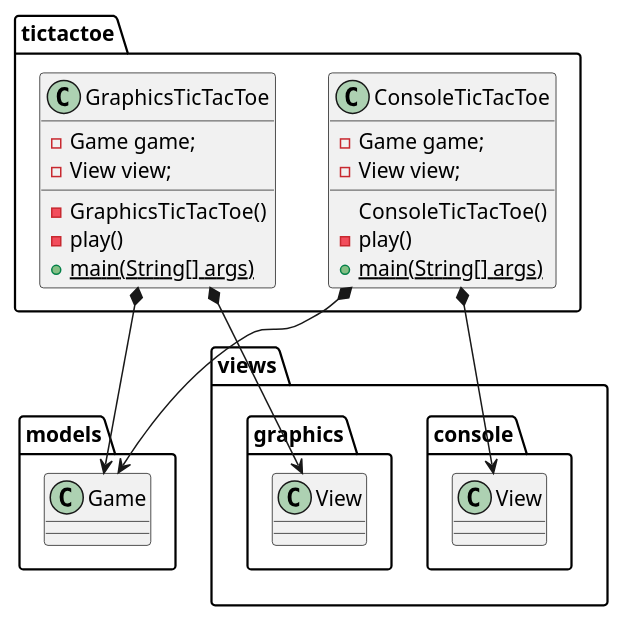
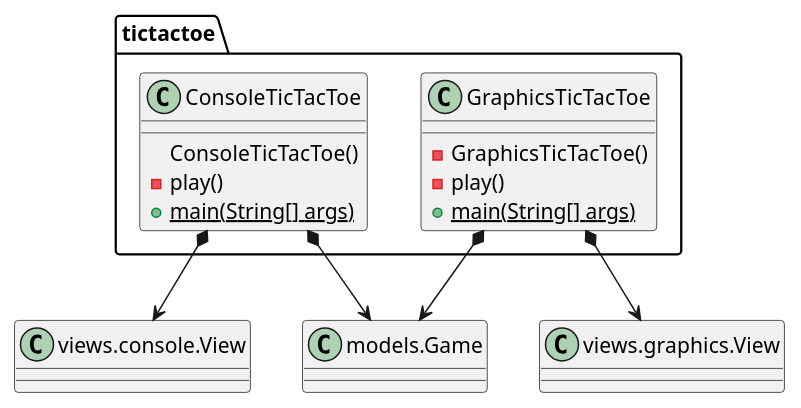
One commit to Jolucaa/USantaTecla-project-ticTacToe changed the first of 5 diagrams in documentView/withoutFactoryMethod/docs/diagrams/src/paquetes.plantuml. Above: the diagram before and after it, drawn with PlantUML. The commit also changed other lines of this file and 6 other files, not shown here.

```diff
--- a/documentView/withoutFactoryMethod/docs/diagrams/src/paquetes.plantuml
+++ b/documentView/withoutFactoryMethod/docs/diagrams/src/paquetes.plantuml
@@ -1,32 +1,26 @@
 @startuml tictactoe
 class tictactoe.ConsoleTicTacToe {
-
-	- Game game;
-	- View view;
 
 	ConsoleTicTacToe()
 	- play()
 	+ {static} main(String[] args)
 
 }
 
 class tictactoe.GraphicsTicTacToe {
 
-	- Game game;
-	- View view;
-
 	- GraphicsTicTacToe()
 	- play()
 	+ {static} main(String[] args)
 
 }
 
-class models.Game
-class views.console.View
-class views.graphics.View
+class Game as "models.Game"
+class consoleView as "views.console.View"
+class graphicsView as "views.graphics.View"
 
-tictactoe.ConsoleTicTacToe *-down-> models.Game
-tictactoe.GraphicsTicTacToe *-down-> models.Game
-tictactoe.ConsoleTicTacToe *-down-> views.console.View
-tictactoe.GraphicsTicTacToe *-down-> views.graphics.View
+tictactoe.ConsoleTicTacToe *-down-> Game
+tictactoe.GraphicsTicTacToe *-down-> Game
+tictactoe.ConsoleTicTacToe *-down-> consoleView
+tictactoe.GraphicsTicTacToe *-down-> graphicsView
 @enduml
```
